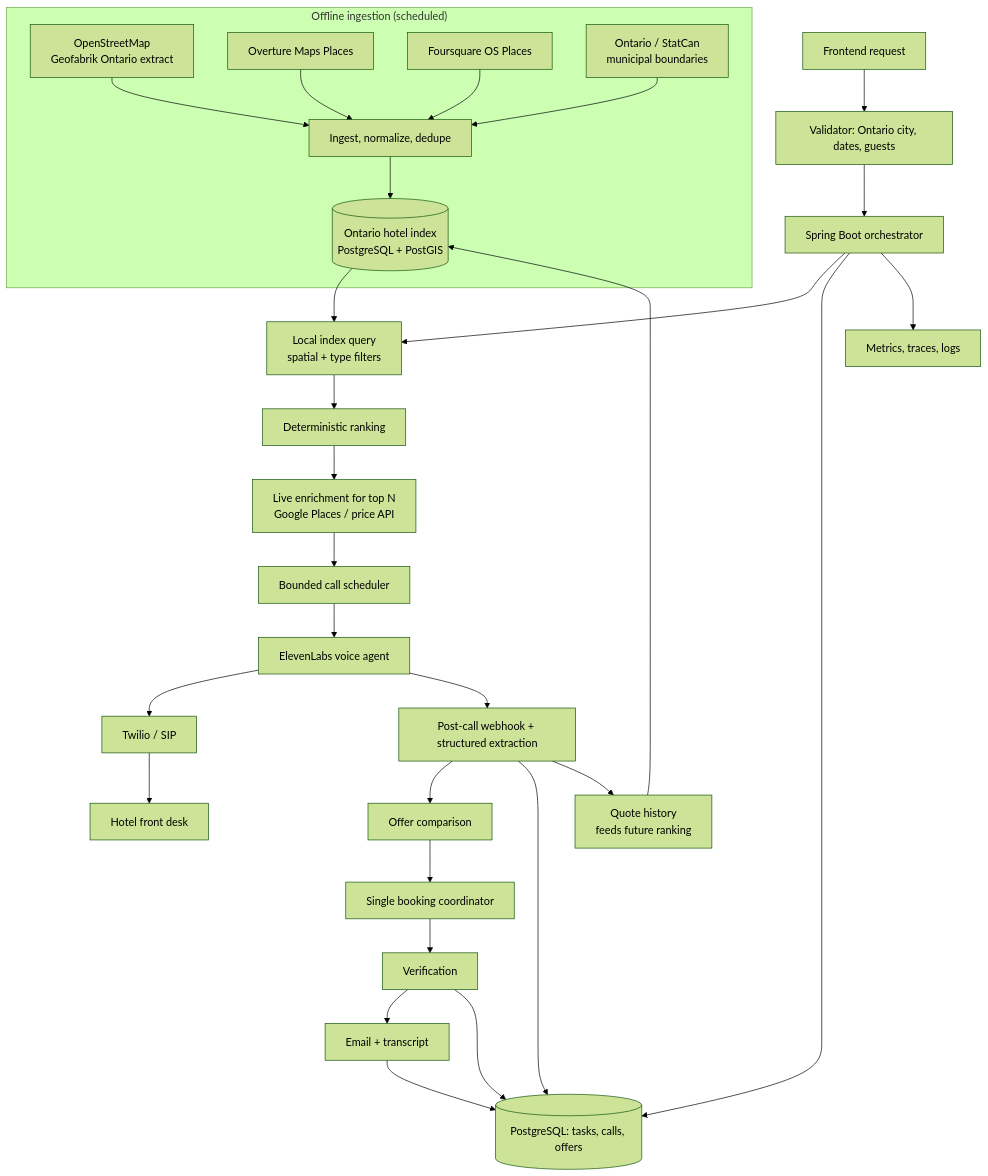
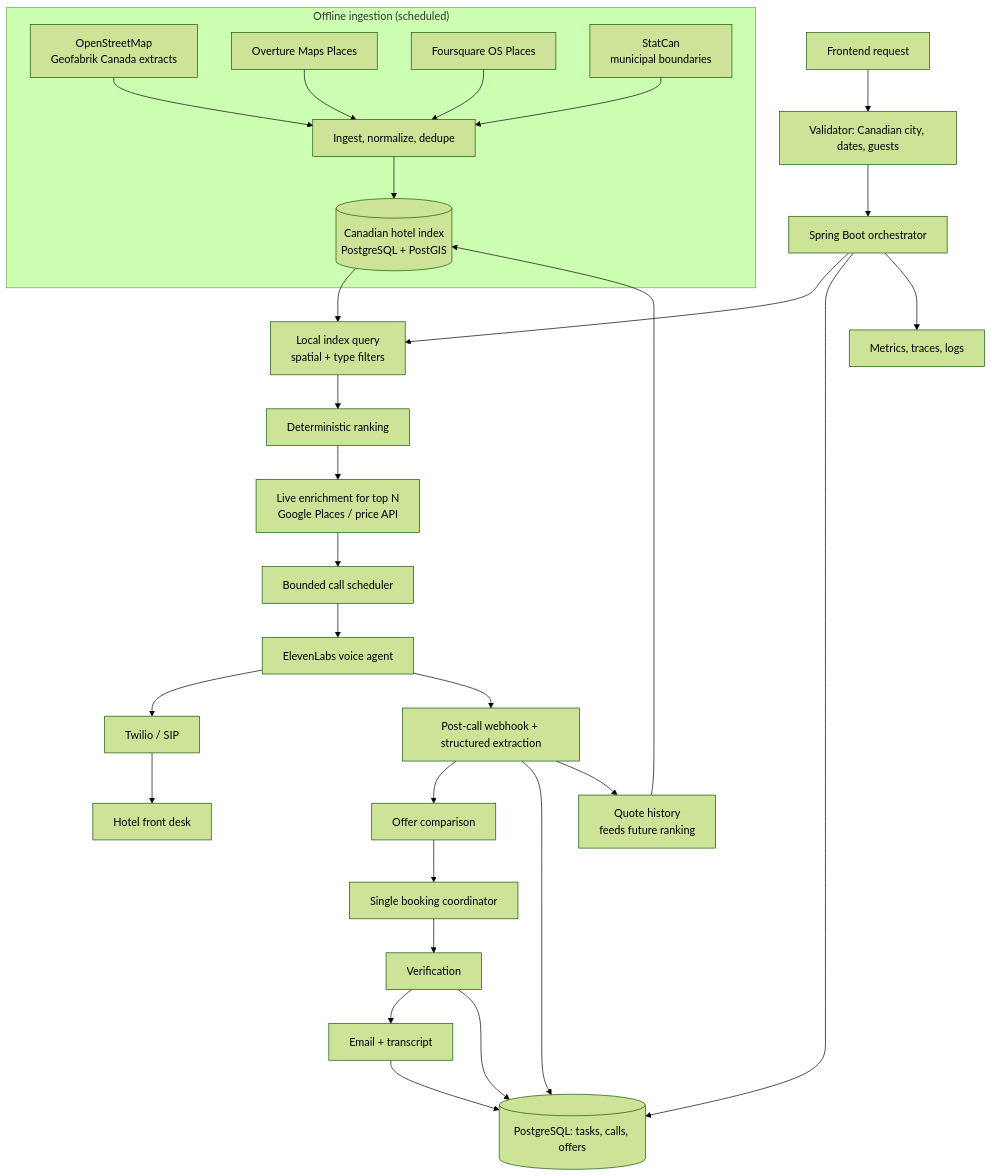
The second of 2 diagrams in README.md (Lawaltunde/hotel-reservation-agent-team5), drawn with Mermaid (forest theme) before and after one commit. The commit also changed other lines of this file, not shown here.

````diff
--- a/README.md
+++ b/README.md
@@ -118,33 +201,33 @@
 ```mermaid
 flowchart TD
     subgraph Offline["Offline ingestion (scheduled)"]
-        S1[OpenStreetMap<br/>Geofabrik Ontario extract] --> ETL
+        S1[OpenStreetMap<br/>Geofabrik Canada extracts] --> ETL
         S2[Overture Maps Places] --> ETL
         S3[Foursquare OS Places] --> ETL
-        S4[Ontario / StatCan<br/>municipal boundaries] --> ETL
-        ETL[Ingest, normalize, dedupe] --> IDX[(Ontario hotel index<br/>PostgreSQL + PostGIS)]
+        S4[StatCan<br/>municipal boundaries] --> ETL
+        ETL[Ingest, normalize, dedupe] --> IDX[(Canadian hotel index<br/>PostgreSQL + PostGIS)]
     end
 
-    A[Frontend request] --> B[Validator: Ontario city, dates, guests]
+    A[Frontend request] --> B[Validator: Canadian city, dates, guests]
     B --> C[Spring Boot orchestrator]
     C --> D[Local index query<br/>spatial + type filters]
     IDX --> D
     D --> E[Deterministic ranking]
     E --> F[Live enrichment for top N<br/>Google Places / price API]
     F --> G[Bounded call scheduler]
     G --> H[ElevenLabs voice agent]
     H --> I[Twilio / SIP]
     I --> J[Hotel front desk]
     H --> K[Post-call webhook + structured extraction]
     K --> L[Offer comparison]
     L --> M[Single booking coordinator]
     M --> N[Verification]
     N --> O[Email + transcript]
     C --> P[(PostgreSQL: tasks, calls, offers)]
     K --> P
     N --> P
     O --> P
     K --> QH[Quote history<br/>feeds future ranking]
     QH --> IDX
     C --> Q[Metrics, traces, logs]
 ```
````
